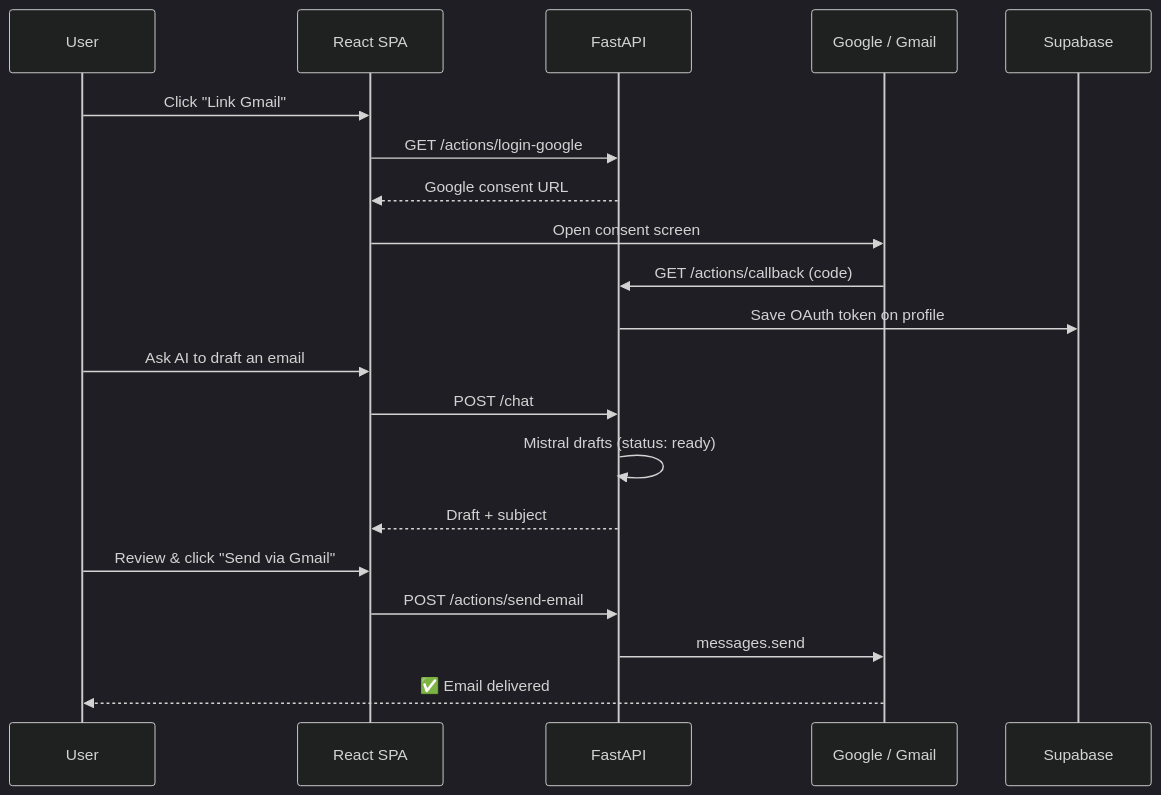
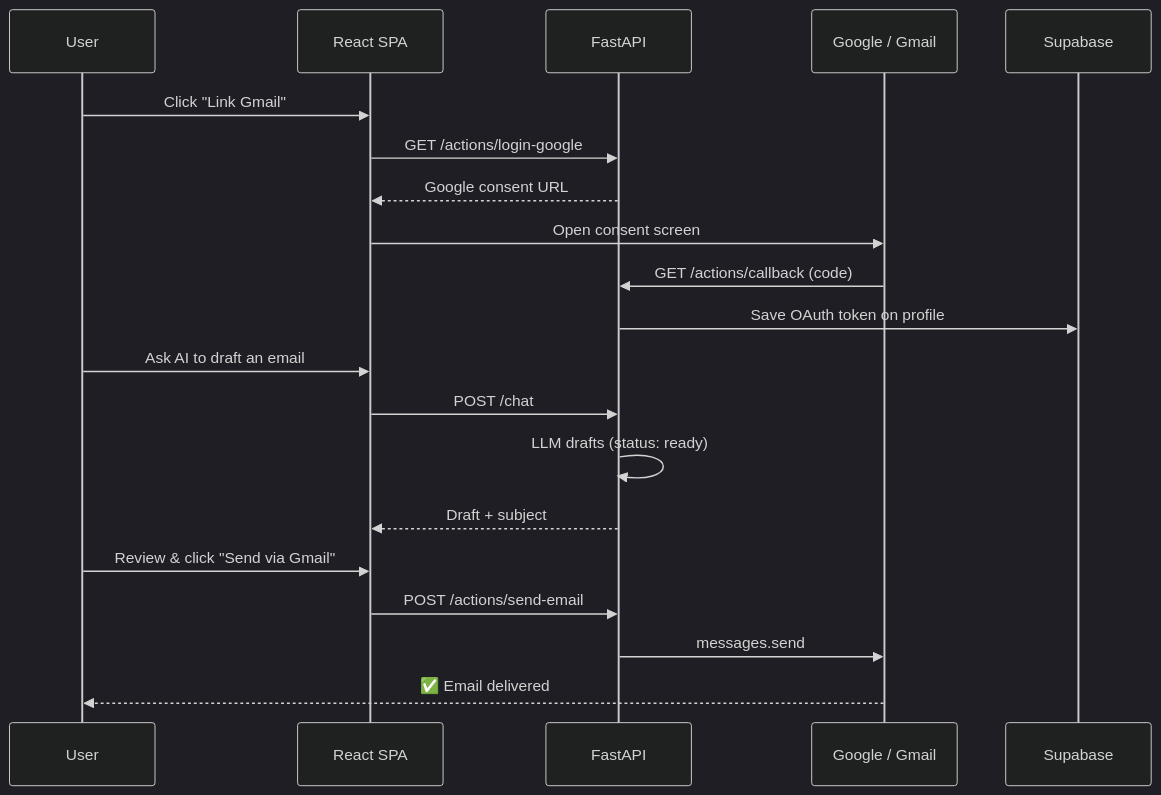
Before and after one commit to rehanvhora778/Automated-Email-Ai: the second of 2 diagrams in README.md, drawn with Mermaid (dark theme). The commit also changed other lines of this file and 35 other files, not shown here.

````diff
--- a/README.md
+++ b/README.md
@@ -110,23 +110,23 @@
 ```mermaid
 sequenceDiagram
     participant U as User
     participant FE as React SPA
     participant API as FastAPI
     participant G as Google / Gmail
     participant DB as Supabase
 
     U->>FE: Click "Link Gmail"
     FE->>API: GET /actions/login-google
     API-->>FE: Google consent URL
     FE->>G: Open consent screen
     G->>API: GET /actions/callback (code)
     API->>DB: Save OAuth token on profile
     U->>FE: Ask AI to draft an email
     FE->>API: POST /chat
-    API->>API: Mistral drafts (status: ready)
+    API->>API: LLM drafts (status: ready)
     API-->>FE: Draft + subject
     U->>FE: Review & click "Send via Gmail"
     FE->>API: POST /actions/send-email
     API->>G: messages.send
     G-->>U: ✅ Email delivered
 ```
````
